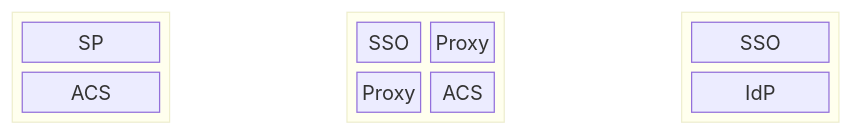
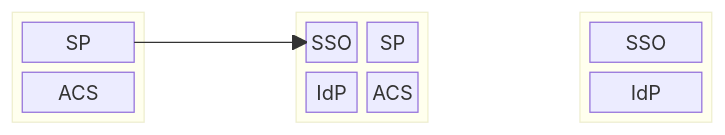
One commit to mikehadlow/samlproxy changed the first of 2 diagrams in README.md. Above: the diagram before and after it, drawn with Mermaid. The commit also changed other lines of this file, not shown here.

````diff
--- a/README.md
+++ b/README.md
@@ -26,23 +6,30 @@
 ```mermaid
 block-beta
 columns 5
+
     block
     columns 1
       a1["SP"]
       a2["ACS"]
     end
+
     space:1
+
     block
     columns 2
       b1["SSO"]
-      b2["Proxy"]
-      b3["Proxy"]
+      b2["SP"]
+      b3["IdP"]
       b4["ACS"]
     end
+
     space:1
+
     block
     columns 1
       c1["SSO"]
       c2{"IdP"]
     end
+
+    a1-->b1
 ```
````
